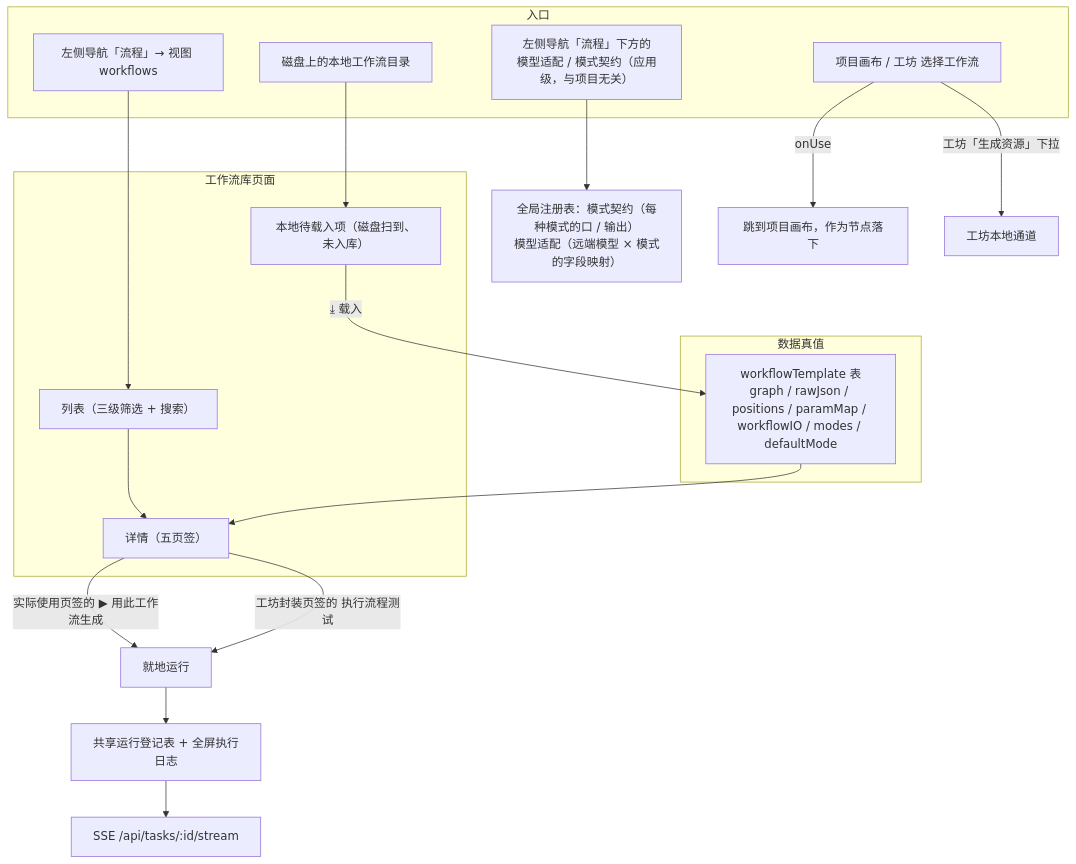
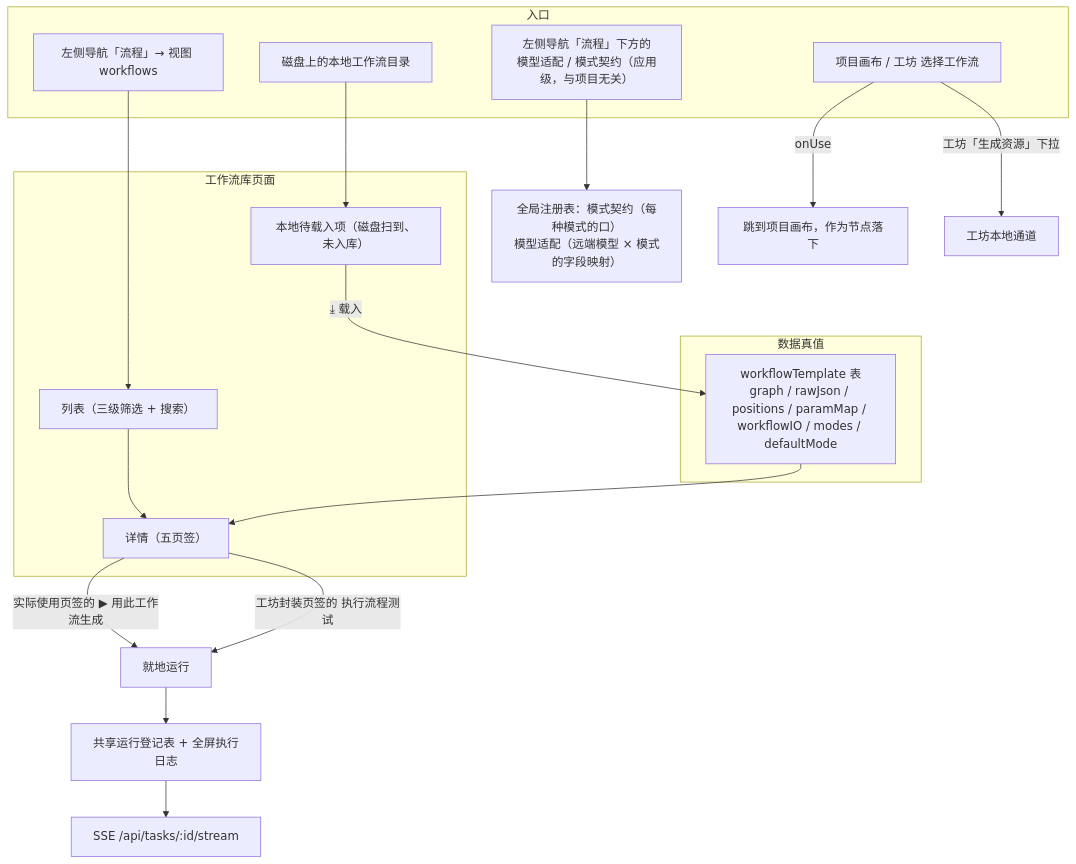
One commit to wuxianyuedu/comfy-app changed the first of 10 diagrams in docs/guides/feature-workflow-library-flow.md. Above: the diagram before and after it, drawn with Mermaid. The commit also changed 27 other files, not shown here.

````diff
--- a/docs/guides/feature-workflow-library-flow.md
+++ b/docs/guides/feature-workflow-library-flow.md
@@ -34,34 +34,34 @@
 ```mermaid
 flowchart TD
   subgraph ENTRY["入口"]
     NAV["左侧导航「流程」→ 视图 workflows"]
     USE["项目画布 / 工坊 选择工作流"]
     FILES["磁盘上的本地工作流目录"]
     OVERLAY["左侧导航「流程」下方的<br/>模型适配 / 模式契约（应用级，与项目无关）"]
   end
 
   subgraph LIB["工作流库页面"]
     LIST["列表（三级筛选 + 搜索）"]
     PEND["本地待载入项（磁盘扫到、未入库）"]
     DETAIL["详情（五页签）"]
   end
 
   subgraph STORE["数据真值"]
     DB["workflowTemplate 表<br/>graph / rawJson / positions / paramMap / workflowIO / modes / defaultMode"]
   end
 
   NAV --> LIST
-  OVERLAY --> CONTRACT_ENTRY["全局注册表：模式契约（每种模式的口 / 输出）<br/>模型适配（远端模型 × 模式的字段映射）"]
+  OVERLAY --> CONTRACT_ENTRY["全局注册表：模式契约（每种模式的口）<br/>模型适配（远端模型 × 模式的字段映射）"]
   FILES --> PEND
   LIST --> DETAIL
   PEND -->|"⤓ 载入"| DB
   DB --> DETAIL
 
   DETAIL -->|"实际使用页签的 ▶ 用此工作流生成"| RUN["就地运行"]
   DETAIL -->|"工坊封装页签的 执行流程测试"| RUN
   RUN --> SHARED["共享运行登记表 + 全屏执行日志"]
   SHARED --> SSE["SSE /api/tasks/:id/stream"]
 
   USE -->|"onUse"| CANVAS["跳到项目画布，作为节点落下"]
   USE -->|"工坊「生成资源」下拉"| WORKSHOP["工坊本地通道"]
 ```
````
